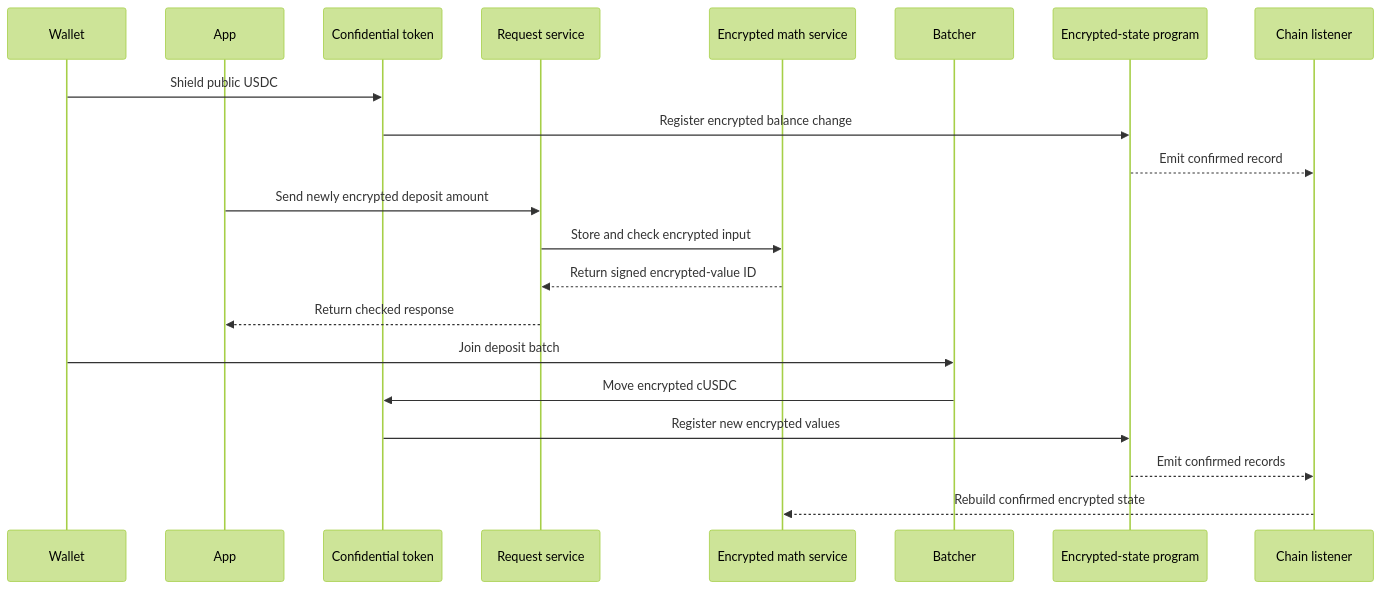
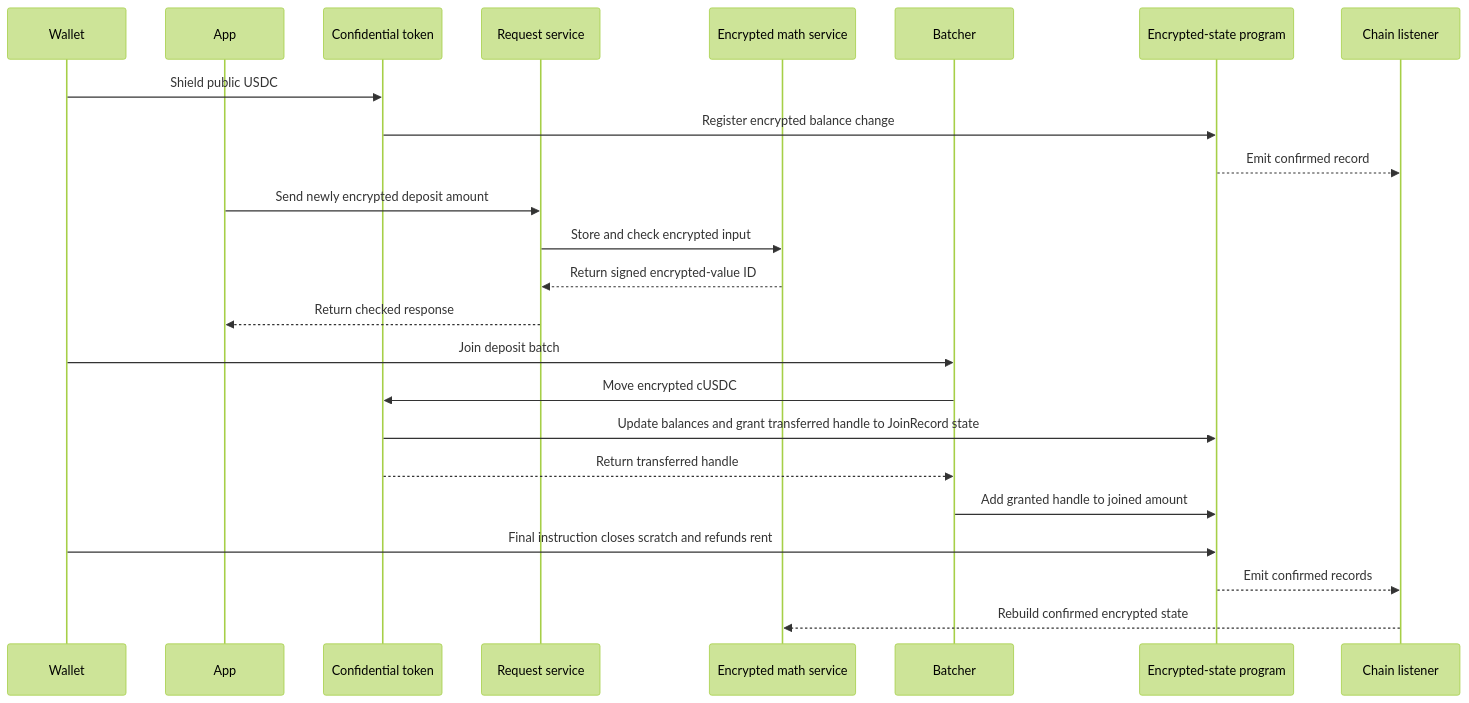
One commit to zama-ai/fhevm changed the fourth of 5 diagrams in solana/demo-dapp/README.md. Above: the diagram before and after it, drawn with Mermaid (forest theme). The commit also changed other lines of this file and 242 other files, not shown here.

````diff
--- a/solana/demo-dapp/README.md
+++ b/solana/demo-dapp/README.md
@@ -125,24 +125,27 @@
 ```mermaid
 sequenceDiagram
     participant Wallet
     participant App
     participant Token as Confidential token
     participant Relayer as Request service
     participant Compute as Encrypted math service
     participant Batch as Batcher
     participant Host as Encrypted-state program
     participant Listener as Chain listener
 
     Wallet->>Token: Shield public USDC
     Token->>Host: Register encrypted balance change
     Host-->>Listener: Emit confirmed record
     App->>Relayer: Send newly encrypted deposit amount
     Relayer->>Compute: Store and check encrypted input
     Compute-->>Relayer: Return signed encrypted-value ID
     Relayer-->>App: Return checked response
     Wallet->>Batch: Join deposit batch
     Batch->>Token: Move encrypted cUSDC
-    Token->>Host: Register new encrypted values
+    Token->>Host: Update balances and grant transferred handle to JoinRecord state
+    Token-->>Batch: Return transferred handle
+    Batch->>Host: Add granted handle to joined amount
+    Wallet->>Host: Final instruction closes scratch and refunds rent
     Host-->>Listener: Emit confirmed records
     Listener-->>Compute: Rebuild confirmed encrypted state
 ```
````
